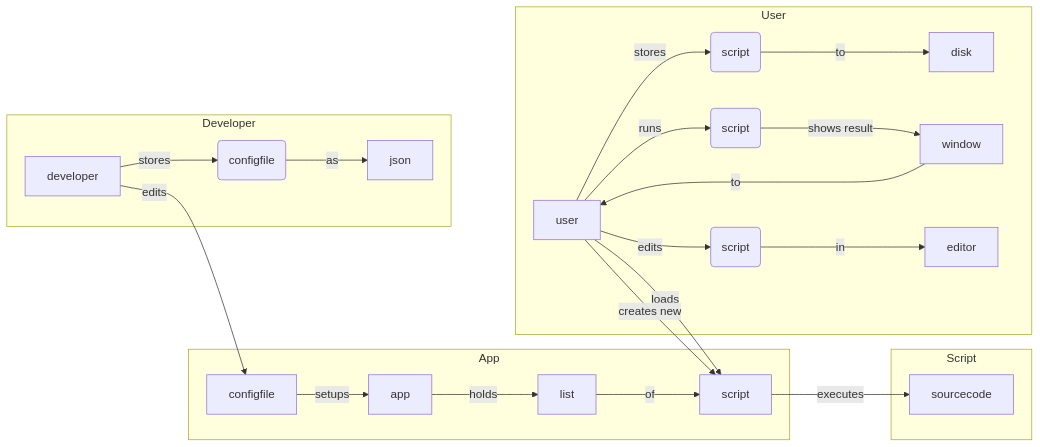
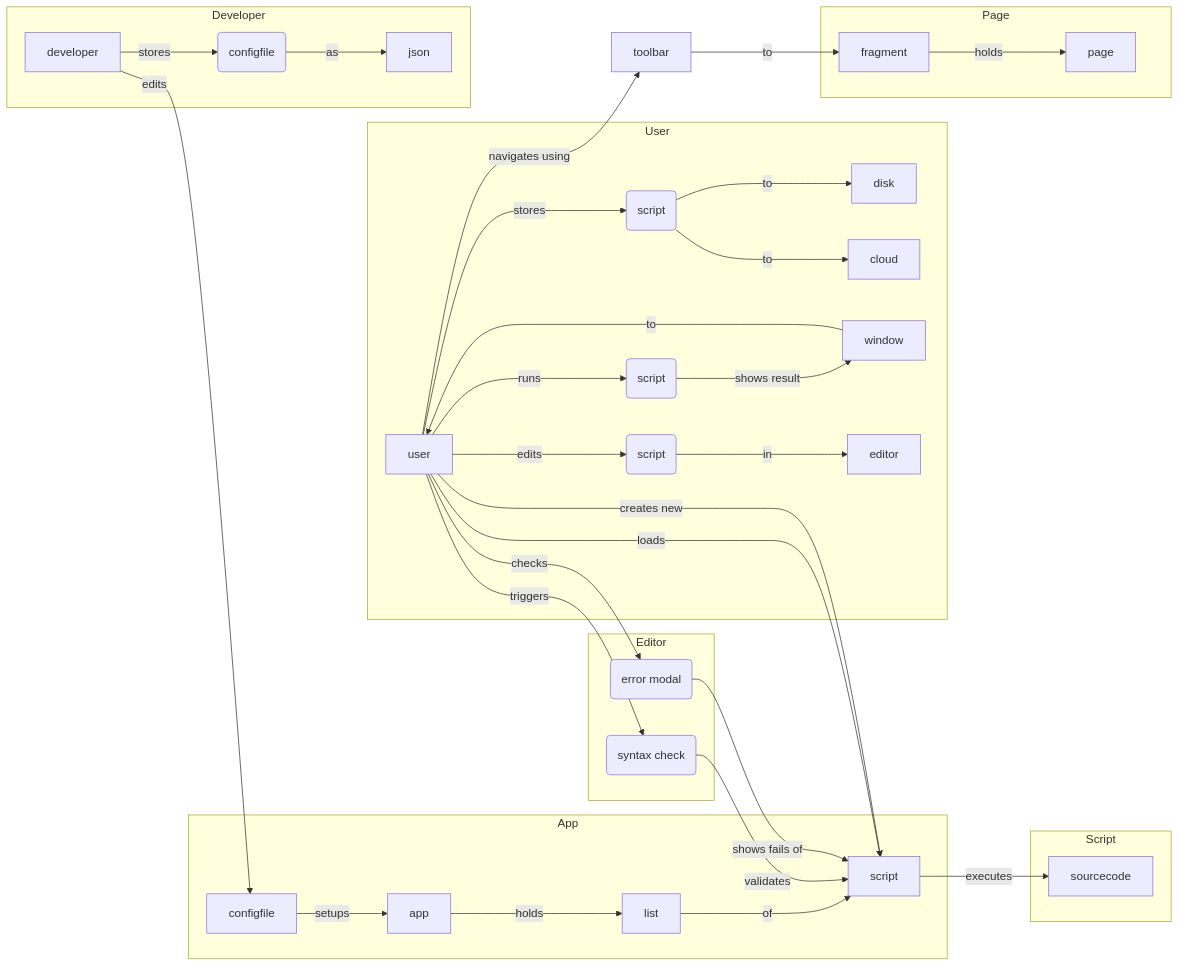
The first of 2 diagrams in pylaunch.md (inflamously/pylaunch), drawn with Mermaid before and after one commit. The commit also changed other lines of this file, not shown here.

Commit message:
feat(other): advanced docs.

````diff
--- a/pylaunch.md
+++ b/pylaunch.md
@@ -5,21 +5,32 @@
 ```mermaid
 graph LR
+	user -- triggers --> syntaxCheck
+	user -- checks --> errorModal
+	user -- navigates using --> toolbar -- to --> fragment
 	subgraph App
         app -- holds --> list -- of --> script
         configfile -- setups --> app
 	end
 	subgraph User
-        user -- stores --> s1("script") -- to --> disk
+        user -- stores --> s1("script") -- to --> disk & cloud
         user -- loads --> script
         user -- runs --> s2("script") -- shows result --> window -- to --> user
         user -- creates new --> script
         user -- edits --> s3("script") -- in --> editor
+        
 	end
 	subgraph Developer
         developer -- edits --> configfile
         developer -- stores --> cf1("configfile") -- as --> json
 	end
 	subgraph Script
 		script -- executes --> sourcecode
 	end
+	subgraph Editor
+		syntaxCheck(syntax check) -- validates --> script
+		errorModal(error modal) -- shows fails of --> script
+	end
+	subgraph Page
+		fragment -- holds --> page
+	end
 ```
````
